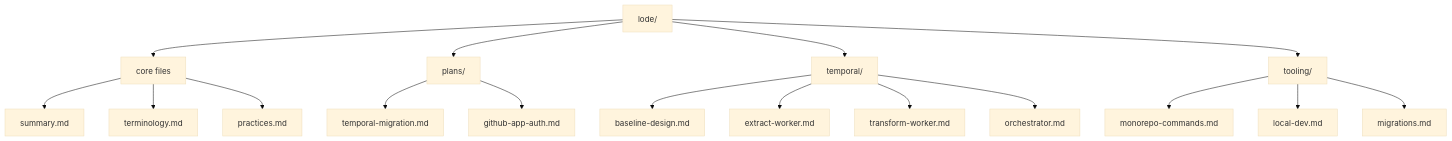
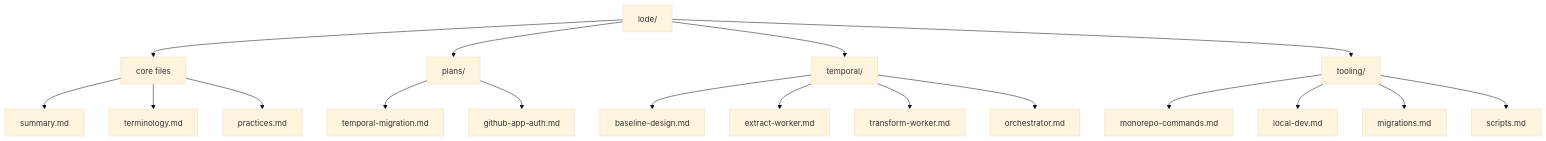
One commit to dxta-dev/pipeline changed the diagram in lode/lode-map.md. Above: the diagram before and after it, drawn with Mermaid (base theme). The commit also changed other lines of this file and 1 other file, not shown here.

Commit message:
update scripts lode

````diff
--- a/lode/lode-map.md
+++ b/lode/lode-map.md
@@ -48,19 +50,20 @@
 ```mermaid
 flowchart TD
   lode[lode/] --> core[core files]
   lode --> plans[plans/]
   lode --> temporal[temporal/]
   lode --> tooling[tooling/]
   core --> summary[summary.md]
   core --> terminology[terminology.md]
   core --> practices[practices.md]
   plans --> migration[temporal-migration.md]
   plans --> githubAuth[github-app-auth.md]
   tooling --> commands[monorepo-commands.md]
   tooling --> localDev[local-dev.md]
   tooling --> migrations[migrations.md]
+  tooling --> scripts[scripts.md]
   temporal --> baseline[baseline-design.md]
   temporal --> extractWorker[extract-worker.md]
   temporal --> transformWorker[transform-worker.md]
   temporal --> orchestrator[orchestrator.md]
 ```
````
